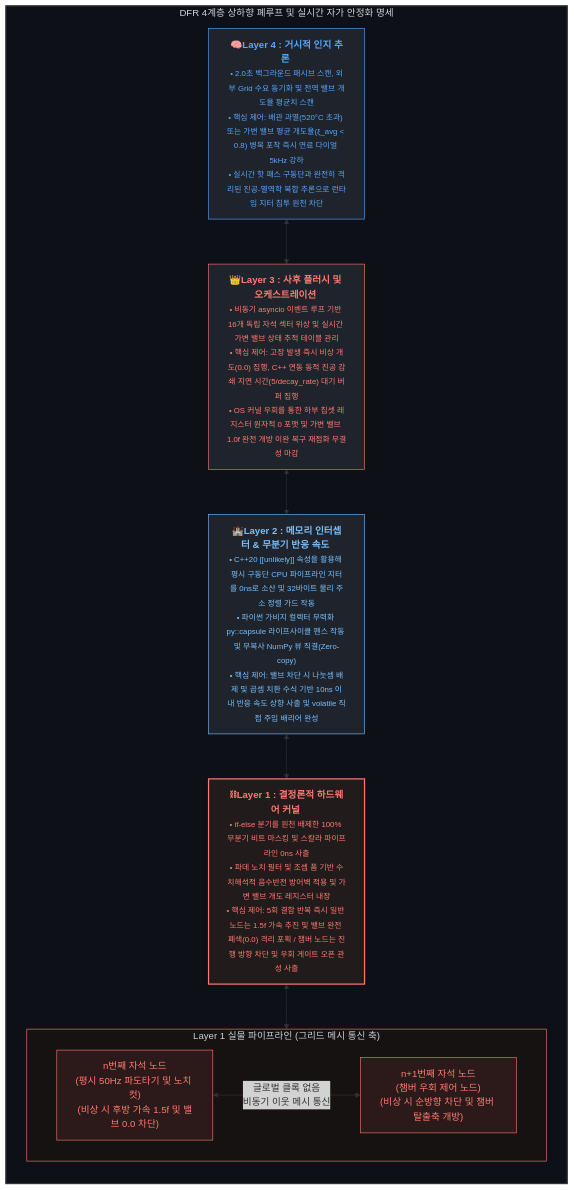
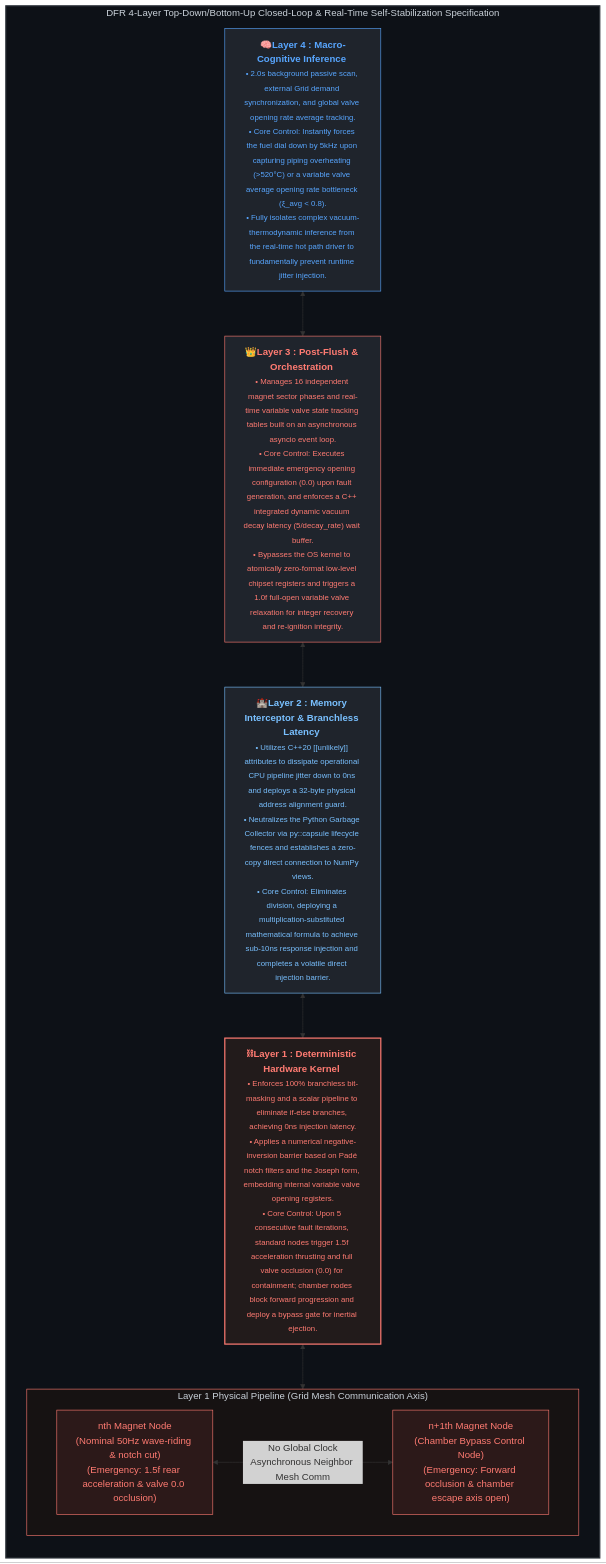
One commit to PJHkorea/discrete-filament-router changed the diagram in README.md. Above: the diagram before and after it, drawn with Mermaid. The commit also changed other lines of this file, not shown here.

````diff
--- a/README.md
+++ b/README.md
@@ -66,42 +66,43 @@
 ```mermaid
 graph TD
-    %% 전체 제어 루프 구조 정의
-    subgraph SYSTEM_LAYERS [" DFR 4계층 상하향 폐루프 및 실시간 자가 안정화 명세"]
+    %% Global Control Loop Structural Definition
+    subgraph SYSTEM_LAYERS [" DFR 4-Layer Top-Down/Bottom-Up Closed-Loop & Real-Time Self-Stabilization Specification"]
         direction TB
 
-        %% Layer 4 정의
-        L4["<b>🧠Layer 4 : 거시적 인지 추론 </b><br><font size=2>• 2.0초 백그라운드 패시브 스캔, 외부 Grid 수요 동기화 및 전역 밸브 개도율 평균치 스캔<br>• 핵심 제어: 배관 과열(520°C 초과) 또는 가변 밸브 평균 개도율(ξ_avg &lt; 0.8) 병목 포착 즉시 연료 다이얼 5kHz 강하<br>• 실시간 핫 패스 구동단과 완전히 격리된 진공-열역학 복합 추론으로 런타임 지터 침투 원천 차단</font>"]
+        %% Layer 4 Definition
+        L4["<b>🧠Layer 4 : Macro-Cognitive Inference </b><br><font size=2>• 2.0s background passive scan, external Grid demand synchronization, and global valve opening rate average tracking.<br>• Core Control: Instantly forces the fuel dial down by 5kHz upon capturing piping overheating (&gt;520°C) or a variable valve average opening rate bottleneck (ξ_avg &lt; 0.8).<br>• Fully isolates complex vacuum-thermodynamic inference from the real-time hot path driver to fundamentally prevent runtime jitter injection.</font>"]
 
-        %% Layer 3 정의
-        L3["<b>👑Layer 3 : 사후 플러시 및 오케스트레이션 </b><br><font size=2>• 비동기 asyncio 이벤트 루프 기반 16개 독립 자석 섹터 위상 및 실시간 가변 밸브 상태 추적 테이블 관리<br>• 핵심 제어: 고장 발생 즉시 비상 개도(0.0) 집행, C++ 연동 동적 진공 감쇄 지연 시간(5/decay_rate) 대기 버퍼 집행<br>• OS 커널 우회를 통한 하부 칩셋 레지스터 원자적 0 포맷 및 가변 밸브 1.0f 완전 개방 이완 복구 재점화 무결성 마감</font>"]
+        %% Layer 3 Definition
+        L3["<b>👑Layer 3 : Post-Flush & Orchestration </b><br><font size=2>• Manages 16 independent magnet sector phases and real-time variable valve state tracking tables built on an asynchronous asyncio event loop.<br>• Core Control: Executes immediate emergency opening configuration (0.0) upon fault generation, and enforces a C++ integrated dynamic vacuum decay latency (5/decay_rate) wait buffer.<br>• Bypasses the OS kernel to atomically zero-format low-level chipset registers and triggers a 1.0f full-open variable valve relaxation for integer recovery and re-ignition integrity.</font>"]
 
-        %% Layer 2 정의
-        L2["<b>🏰Layer 2 : 메모리 인터셉터 & 무분기 반응 속도 </b><br><font size=2>• C++20 [[unlikely]] 속성을 활용해 평시 구동단 CPU 파이프라인 지터를 0ns로 소산 및 32바이트 물리 주소 정렬 가드 작동<br>• 파이썬 가비지 컬렉터 무력화 py::capsule 라이프사이클 펜스 작동 및 무복사 NumPy 뷰 직결(Zero-copy)<br>• 핵심 제어: 밸브 차단 시 나눗셈 배제 및 곱셈 치환 수식 기반 10ns 이내 반응 속도 상향 사출 및 volatile 직접 주입 배리어 완성</font>"]
+        %% Layer 2 Definition
+        L2["<b>🏰Layer 2 : Memory Interceptor & Branchless Latency </b><br><font size=2>• Utilizes C++20 [[unlikely]] attributes to dissipate operational CPU pipeline jitter down to 0ns and deploys a 32-byte physical address alignment guard.<br>• Neutralizes the Python Garbage Collector via py::capsule lifecycle fences and establishes a zero-copy direct connection to NumPy views.<br>• Core Control: Eliminates division, deploying a multiplication-substituted mathematical formula to achieve sub-10ns response injection and completes a volatile direct injection barrier.</font>"]
 
-        %% Layer 1 메인 컨테이너 및 수평 노드 정의 (subgraph 우회로 정렬 유도)
-        L1["<b>⛓Layer 1 : 결정론적 하드웨어 커널 </b><br><font size=2>• if-else 분기를 원천 배제한 100% 무분기 비트 마스킹 및 스칼라 파이프라인 0ns 사출<br>• 파데 노치 필터 및 조셉 폼 기반 수치해석적 음수반전 방어벽 적용 및 가변 밸브 개도 레지스터 내장<br>• 핵심 제어: 5회 결함 반복 즉시 일반 노드는 1.5f 가속 추진 및 밸브 완전 폐색(0.0) 격리 포획 / 챔버 노드는 진행 방향 차단 및 우회 게이트 오픈 관성 사출</font>"]
+        %% Layer 1 Main Container & Horizontal Node Definition
+        L1["<b>⛓Layer 1 : Deterministic Hardware Kernel </b><br><font size=2>• Enforces 100% branchless bit-masking and a scalar pipeline to eliminate if-else branches, achieving 0ns injection latency.<br>• Applies a numerical negative-inversion barrier based on Padé notch filters and the Joseph form, embedding internal variable valve opening registers.<br>• Core Control: Upon 5 consecutive fault iterations, standard nodes trigger 1.5f acceleration thrusting and full valve occlusion (0.0) for containment; chamber nodes block forward progression and deploy a bypass gate for inertial ejection.</font>"]
 
-        subgraph L1_GRID ["Layer 1 실물 파이프라인 (그리드 메시 통신 축)"]
+        subgraph L1_GRID ["Layer 1 Physical Pipeline (Grid Mesh Communication Axis)"]
             direction LR
-            L1_N1["n번째 자석 노드<br>(평시 50Hz 파도타기 및 노치 컷)<br>(비상 시 후방 가속 1.5f 및 밸브 0.0 차단)"] <-->|글로벌 클록 없음<br>비동기 이웃 메시 통신| L1_N2["n+1번째 자석 노드<br>(챔버 우회 제어 노드)<br>(비상 시 순방향 차단 및 챔버 탈출축 개방)"]
+            L1_N1["nth Magnet Node<br>(Nominal 50Hz wave-riding & notch cut)<br>(Emergency: 1.5f rear acceleration & valve 0.0 occlusion)"] <-->|No Global Clock<br>Asynchronous Neighbor Mesh Comm| L1_N2["n+1th Magnet Node<br>(Chamber Bypass Control Node)<br>(Emergency: Forward occlusion & chamber escape axis open)"]
         end
 
-        %% 상하향식 유기적 피드백 관로 연결
+        %% Top-Down / Bottom-Up Organic Feedback Loop Connections
         L4 <--> L3
         L3 <--> L2
         L2 <--> L1
         L1 <--> L1_GRID
     end
 
-    %% 🎨 깃허브 파서 안전 규격 스타일링
+    %% 🎨 GitHub Parser Safe Specification Styling
     style SYSTEM_LAYERS fill:#0d1117,stroke:#30363d,stroke-width:2px,color:#c9d1d9
     style L1_GRID fill:#161212,stroke:#ff7b72,stroke-width:1px,color:#c9d1d9
     
     style L4 fill:#1f242c,stroke:#58a6ff,stroke-width:1px,color:#58a6ff
     style L3 fill:#1f242c,stroke:#ff7b72,stroke-width:1px,color:#ff7b72
     style L2 fill:#1f242c,stroke:#79c0ff,stroke-width:1px,color:#79c0ff
     style L1 fill:#221b1b,stroke:#ff7b72,stroke-width:2px,color:#ff7b72
     style L1_N1 fill:#2c1919,stroke:#ff7b72,stroke-width:1px,color:#ff7b72
     style L1_N2 fill:#2c1919,stroke:#ff7b72,stroke-width:1px,color:#ff7b72
 
+
 ```
````
